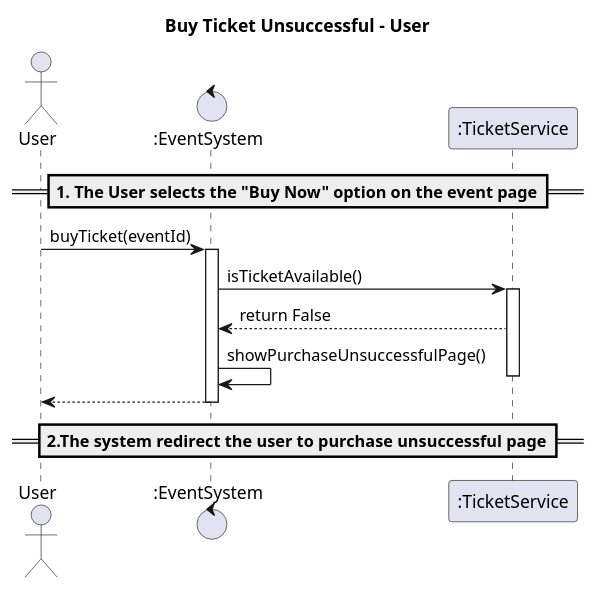
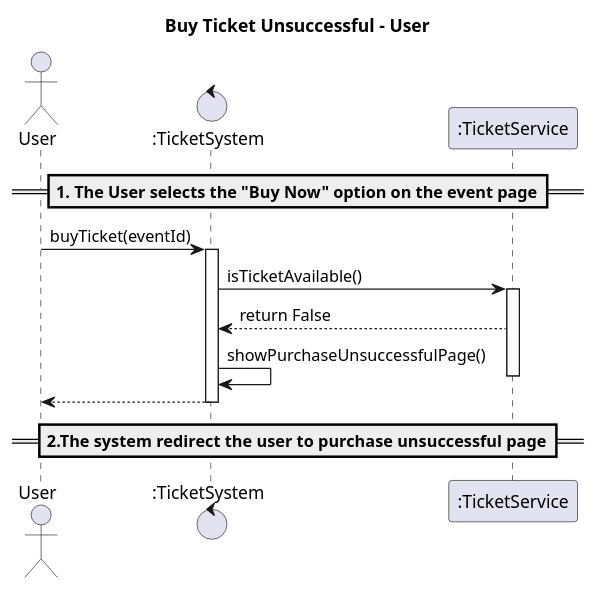
The diagram in 02-analysis/Buy_Ticket_Unsuccess.puml (mrle0429/Event-Management-System), drawn with PlantUML before and after one commit. The commit also changed 5 other files, not shown here.

```diff
--- a/02-analysis/Buy_Ticket_Unsuccess.puml
+++ b/02-analysis/Buy_Ticket_Unsuccess.puml
@@ -1,20 +1,20 @@
 @startuml
 title Buy Ticket Unsuccessful - User
 
 actor User
-control ":EventSystem" as ES
+control ":TicketSystem" as ES
 participant ":TicketService" as TS
 
 == 1. The User selects the "Buy Now" option on the event page==
 User -> ES : buyTicket(eventId)
 activate ES
 
 ES -> TS : isTicketAvailable()
 activate TS
 TS --> ES : return False
 ES -> ES : showPurchaseUnsuccessfulPage()
 deactivate TS
 ES --> User :
 deactivate ES
 ==2.The system redirect the user to purchase unsuccessful page==
 @enduml
```
